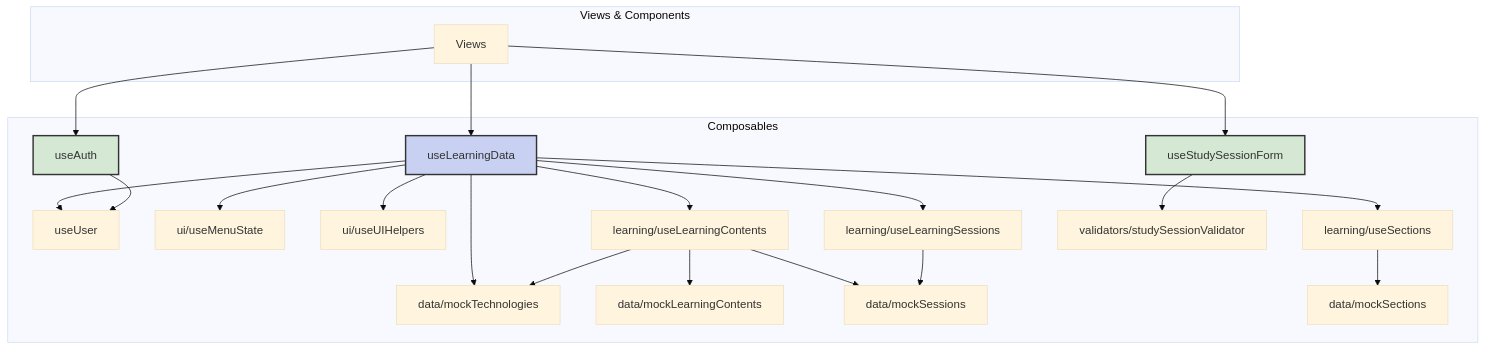
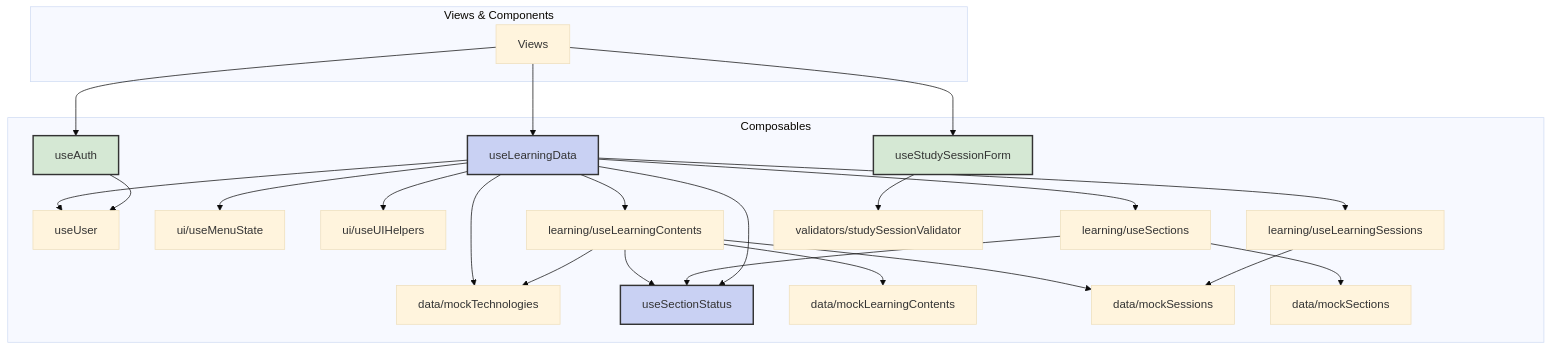
One commit to SHUN5872698/learn-track-pro changed the diagram in .gemini/docs/architectures/Vueアプリケーションディレクトリ構造.md. Above: the diagram before and after it, drawn with Mermaid (base theme). The commit also changed other lines of this file and 5 other files, not shown here.

````diff
--- a/.gemini/docs/architectures/Vueアプリケーションディレクトリ構造.md
+++ b/.gemini/docs/architectures/Vueアプリケーションディレクトリ構造.md
@@ -135,34 +136,39 @@
 ```mermaid
 graph TD
     subgraph Composables
         A[useLearningData] --> B[useUser]
         A --> C[ui/useMenuState]
         A --> D[ui/useUIHelpers]
         A --> E[learning/useLearningContents]
         A --> F[learning/useSections]
         A --> G[learning/useLearningSessions]
         A --> H[data/mockTechnologies]
+        P[useSectionStatus]
 
         E --> H
         E --> I[data/mockLearningContents]
         E --> J[data/mockSessions]
+        E --> P
 
         F --> K[data/mockSections]
+        F --> P
 
         G --> J
 
         L[useAuth] --> B
         M[useStudySessionForm] --> N[validators/studySessionValidator]
+
+        A --> P
     end
 
     subgraph Views & Components
         O[Views] --> A
         O --> L
         O --> M
     end
 
     style A fill:#c9d1f3,stroke:#333,stroke-width:2px
     style L fill:#d5e8d4,stroke:#333,stroke-width:2px
     style M fill:#d5e8d4,stroke:#333,stroke-width:2px
-
+    style P fill:#c9d1f3,stroke:#333,stroke-width:2px
 ```
````
